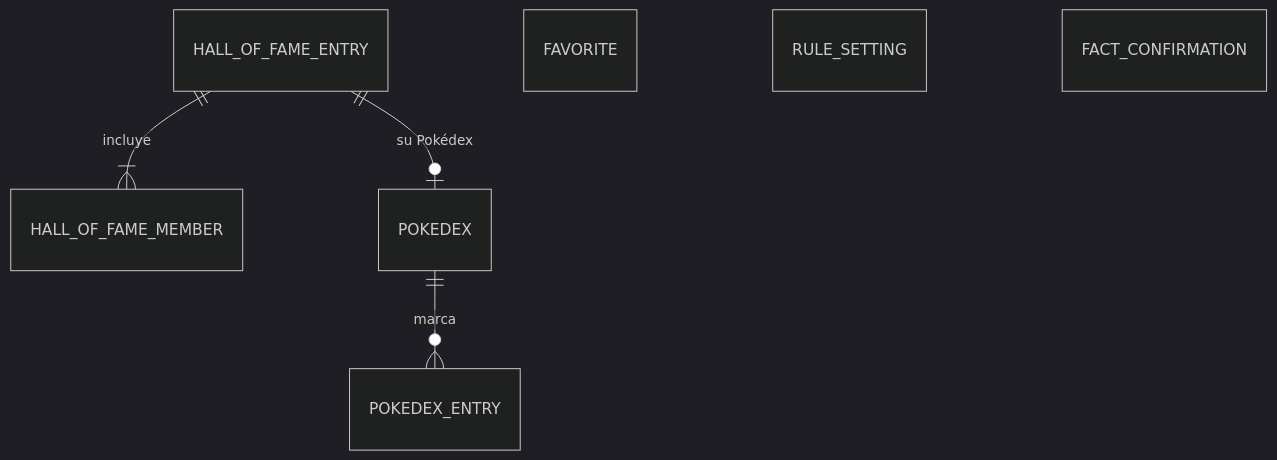
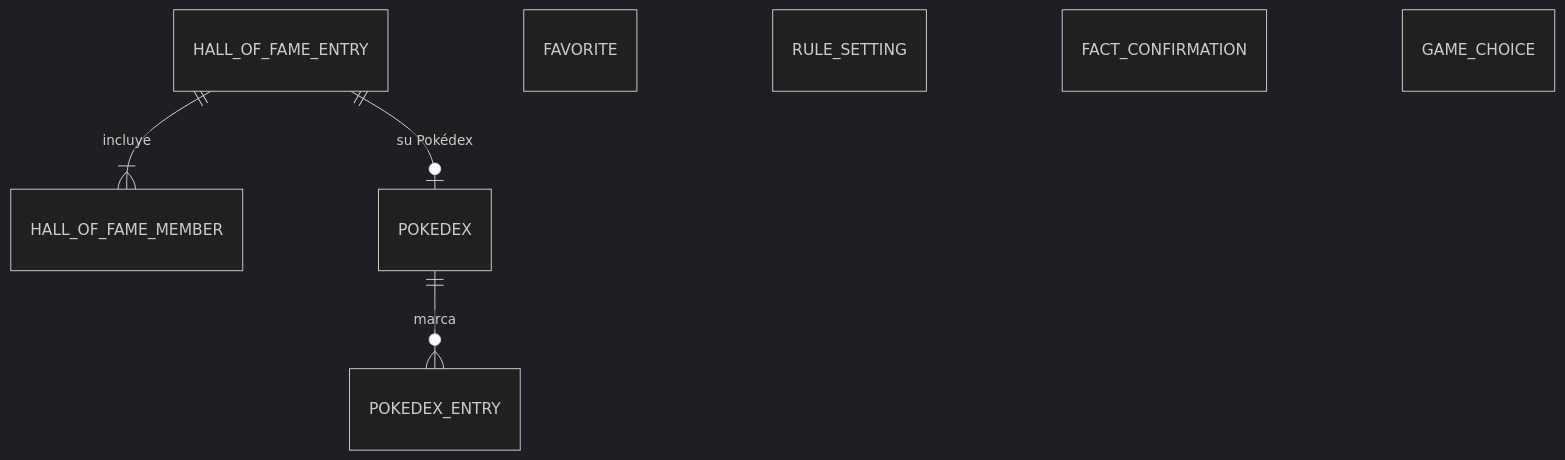
Before and after one commit to AlbertoMercado/pokemon-team-builder: the second of 2 diagrams in docs/02-ddt/modelo-datos.md, drawn with Mermaid (dark theme). The commit also changed other lines of this file and 33 other files, not shown here.

````diff
--- a/docs/02-ddt/modelo-datos.md
+++ b/docs/02-ddt/modelo-datos.md
@@ -181,9 +181,10 @@
 ```mermaid
 erDiagram
     HALL_OF_FAME_ENTRY ||--|{ HALL_OF_FAME_MEMBER : incluye
     HALL_OF_FAME_ENTRY ||--o| POKEDEX : "su Pokédex"
     POKEDEX ||--o{ POKEDEX_ENTRY : marca
     FAVORITE
     RULE_SETTING
     FACT_CONFIRMATION
+    GAME_CHOICE
 ```
````
